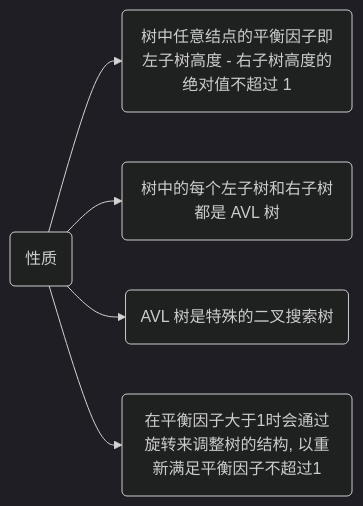
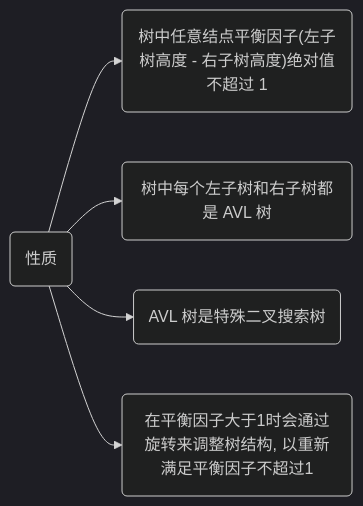
Before and after one commit to dmjcb/dmjcb.github.io: the first of 3 diagrams in _posts/data_structure/tree/binary_tree/2021-01-16-AVL树.md, drawn with Mermaid (dark theme). The commit also changed other lines of this file and 32 other files, not shown here.

````diff
--- a/_posts/data_structure/tree/binary_tree/2021-01-16-AVL树.md
+++ b/_posts/data_structure/tree/binary_tree/2021-01-16-AVL树.md
@@ -11,9 +11,9 @@
 ```mermaid
 graph LR
     X(性质)
 
-    X --> A(树中任意结点的平衡因子即左子树高度 - 右子树高度的绝对值不超过 1)
-    X --> B(树中的每个左子树和右子树都是 AVL 树)
-    X --> C(AVL 树是特殊的二叉搜索树)
-    X --> D(在平衡因子大于1时会通过旋转来调整树的结构, 以重新满足平衡因子不超过1)
+    X --> A("树中任意结点平衡因子(左子树高度 - 右子树高度)绝对值不超过 1")
+    X --> B(树中每个左子树和右子树都是 AVL 树)
+    X --> C(AVL 树是特殊二叉搜索树)
+    X --> D(在平衡因子大于1时会通过旋转来调整树结构, 以重新满足平衡因子不超过1)
 ```
````
